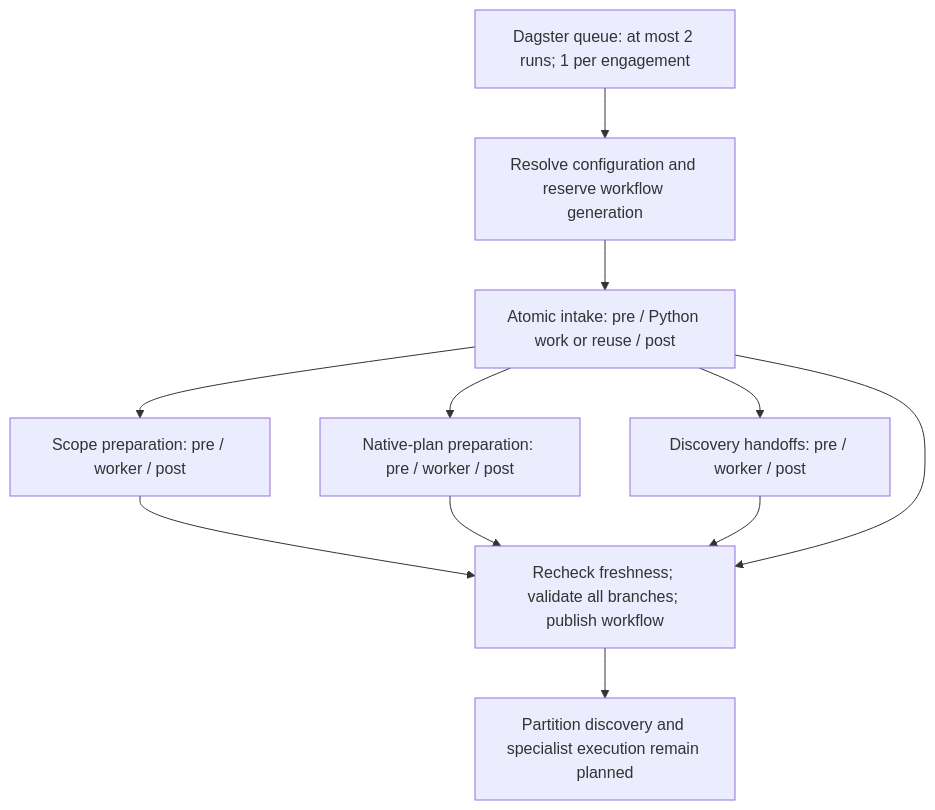
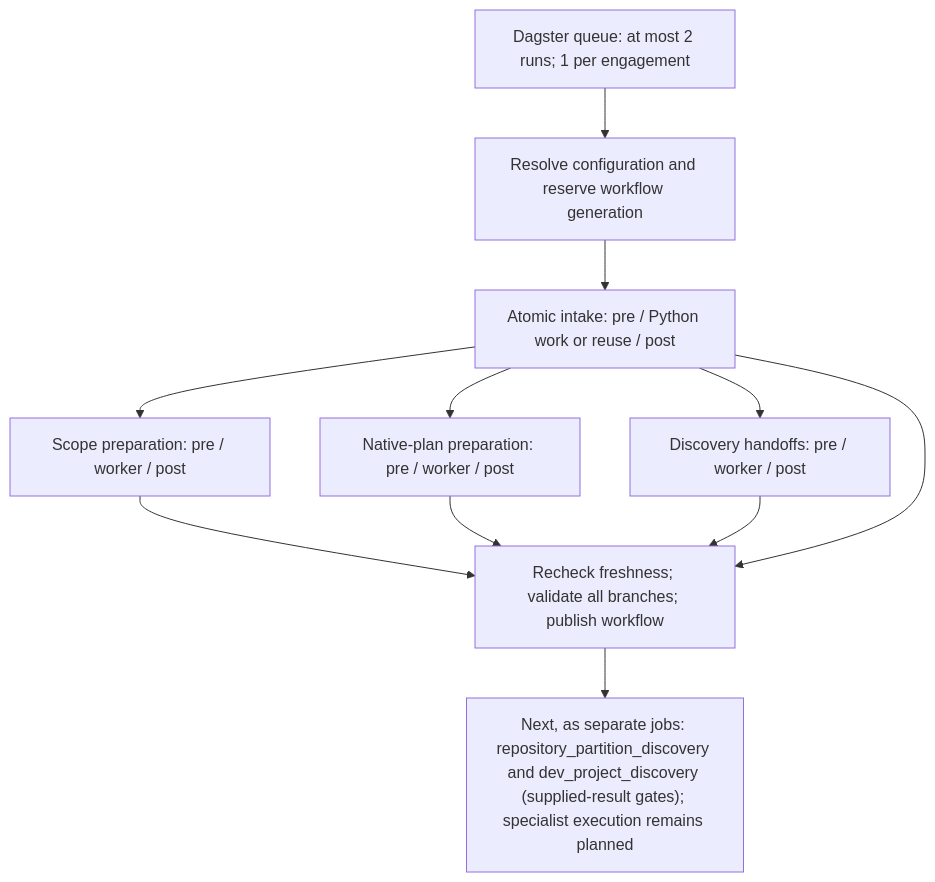
Before and after one commit to wsollers/appsec-review: the diagram in docs/dagster/dagster-workflow.mmd, drawn with Mermaid. The commit also changed 2 other files, not shown here.

Commit message:
docs: process-flow review against rendered diagrams and code; S6 also needs E01
Rendered every Mermaid diagram in the process docs with mermaid-cli (all
parse) and checked them against the code:

- engagement-start: step 3 was presented as built for any native target, but
  build_execution.py configures only a single CMake root from build_discovery,
  ignores step 2b's project discovery and does not use B13. Chart and "built
  today" corrected; the lifecycle configure worker (02-build-configure, E01)
  is planned.
- flow-bringup: S6 now also depends on E01 (autotools-capable configure
  worker consuming S5's plan through B13); Phase 4 is to-do, not blocked;
  `->` in labels (rendered as a broken "- >") replaced; legend explains dotted
  prerequisites; S6 exposition and log updated.
- dagster-workflow.mmd: no longer says partition discovery "remains planned";
  names the two separate discovery gate jobs.

Claude-Session: https://claude.ai/code/session_01GZrYX9rkVMUz1mBjnxQdrS

```diff
--- a/docs/dagster/dagster-workflow.mmd
+++ b/docs/dagster/dagster-workflow.mmd
@@ -1,12 +1,12 @@
 flowchart TD
   queue["Dagster queue: at most 2 runs; 1 per engagement"] --> workflow_config
   workflow_config["Resolve configuration and reserve workflow generation"] --> workflow_intake
   workflow_intake["Atomic intake: pre / Python work or reuse / post"] --> scope_check
   workflow_intake --> native_plan_check
   workflow_intake --> discovery_handoffs
   scope_check["Scope preparation: pre / worker / post"] --> workflow_publish
   native_plan_check["Native-plan preparation: pre / worker / post"] --> workflow_publish
   discovery_handoffs["Discovery handoffs: pre / worker / post"] --> workflow_publish
   workflow_intake --> workflow_publish
   workflow_publish["Recheck freshness; validate all branches; publish workflow"]
-  workflow_publish --> next["Partition discovery and specialist execution remain planned"]
+  workflow_publish --> next["Next, as separate jobs: repository_partition_discovery and dev_project_discovery (supplied-result gates); specialist execution remains planned"]
```
